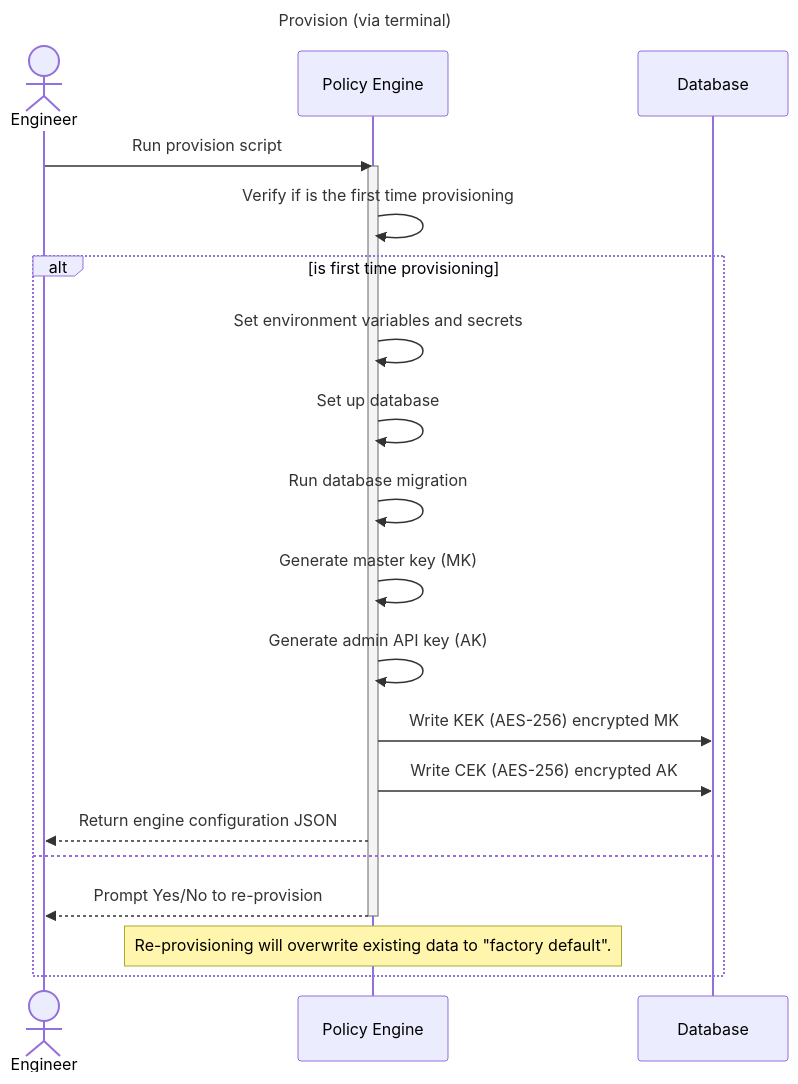
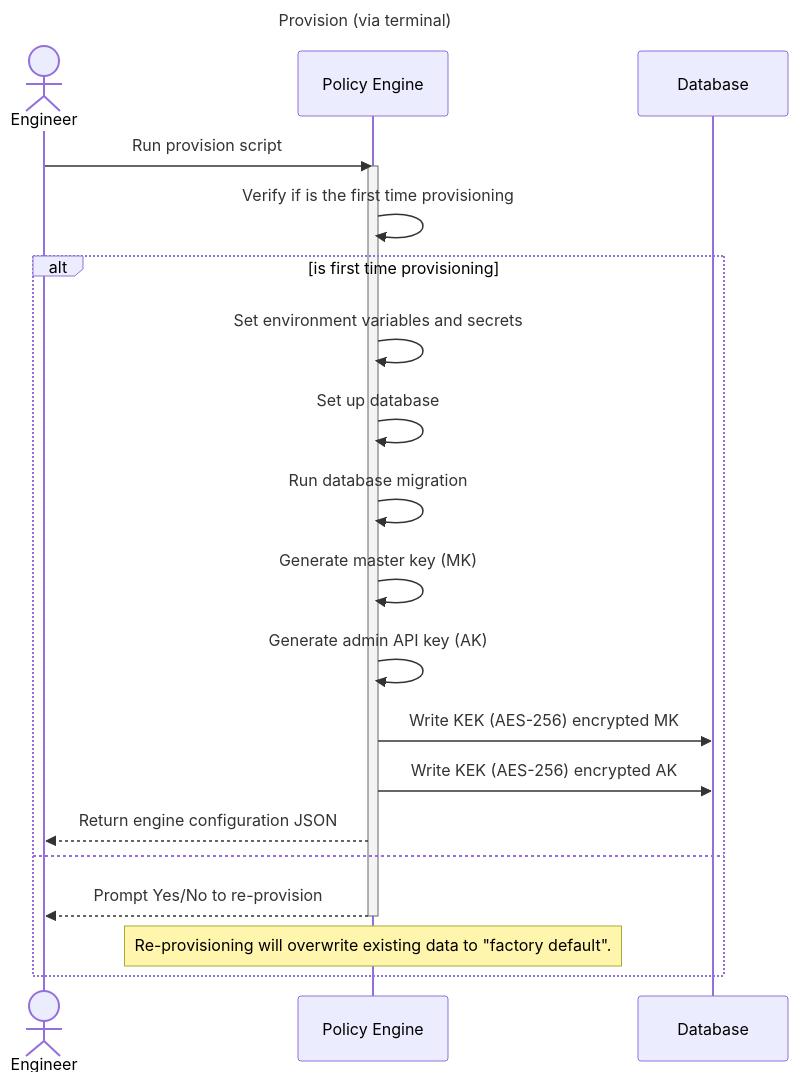
Before and after one commit to narval-xyz/armory: the first of 4 diagrams in doc/policy-engine-setup.md, drawn with Mermaid. The commit also changed other lines of this file, not shown here.

First line of the commit message:
Encrypt API key with KEK

````diff
--- a/doc/policy-engine-setup.md
+++ b/doc/policy-engine-setup.md
@@ -23,26 +23,26 @@
 ```mermaid
 sequenceDiagram
   title Provision (via terminal)
 
   actor Engineer
   participant Engine as Policy Engine
   participant DB as Database
 
   Engineer ->> Engine: Run provision script
   activate Engine
   Engine ->> Engine: Verify if is the first time provisioning
   alt is first time provisioning
     Engine ->> Engine: Set environment variables and secrets
     Engine ->> Engine: Set up database
     Engine ->> Engine: Run database migration
     Engine ->> Engine: Generate master key (MK)
     Engine ->> Engine: Generate admin API key (AK)
     Engine ->> DB: Write KEK (AES-256) encrypted MK
-    Engine ->> DB: Write CEK (AES-256) encrypted AK
+    Engine ->> DB: Write KEK (AES-256) encrypted AK
     Engine -->> Engineer: Return engine configuration JSON
   else 
     Engine -->> Engineer: Prompt Yes/No to re-provision
     deactivate Engine
     Note over Engine: Re-provisioning will overwrite existing data to "factory default".
   end
 ```
````
